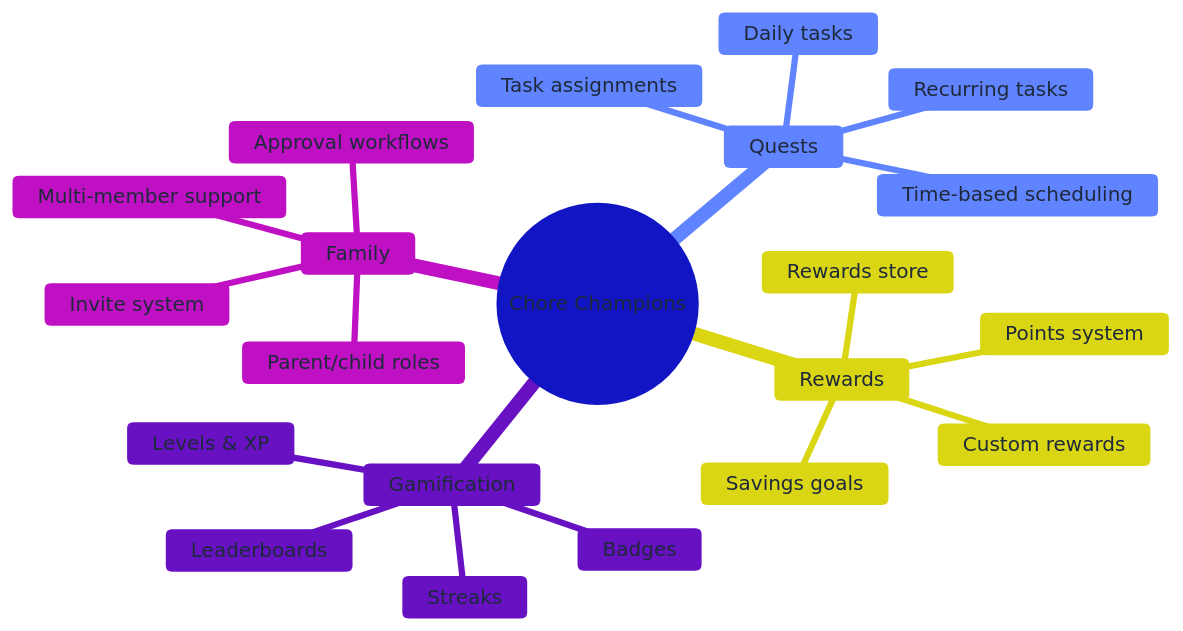
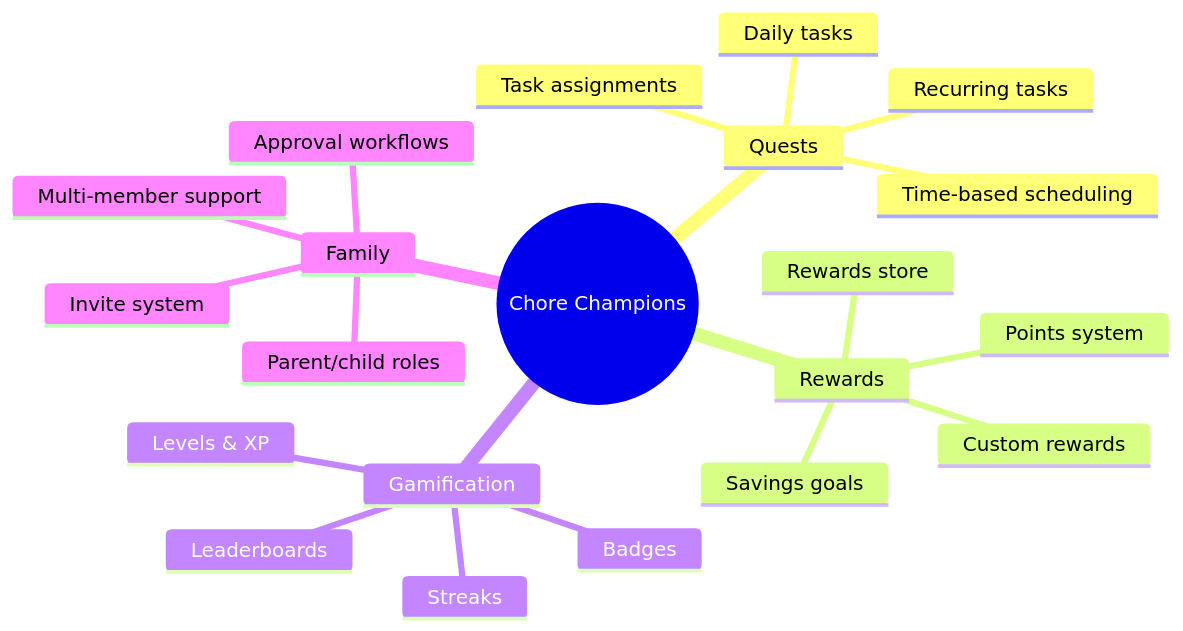
One commit to anisha-agarwal/chore-champions changed the first of 6 diagrams in README.md. Above: the diagram before and after it, drawn with Mermaid. The commit also changed other lines of this file and 2 other files, not shown here.

First line of the commit message:
Use default Mermaid theme for cleaner diagrams

````diff
--- a/README.md
+++ b/README.md
@@ -43,25 +43,25 @@
 ```mermaid
-%%{init: {'theme': 'base', 'themeVariables': {'primaryColor': '#6366f1', 'primaryTextColor': '#1e293b', 'lineColor': '#64748b', 'secondaryColor': '#e0e7ff'}}}%%
+%%{init: {'theme': 'default'}}%%
 mindmap
   root((Chore Champions))
     Quests
       Daily tasks
       Recurring tasks
       Time-based scheduling
       Task assignments
     Rewards
       Points system
       Rewards store
       Custom rewards
       Savings goals
     Gamification
       Streaks
       Leaderboards
       Badges
       Levels & XP
     Family
       Multi-member support
       Parent/child roles
       Invite system
       Approval workflows
 ```
````
